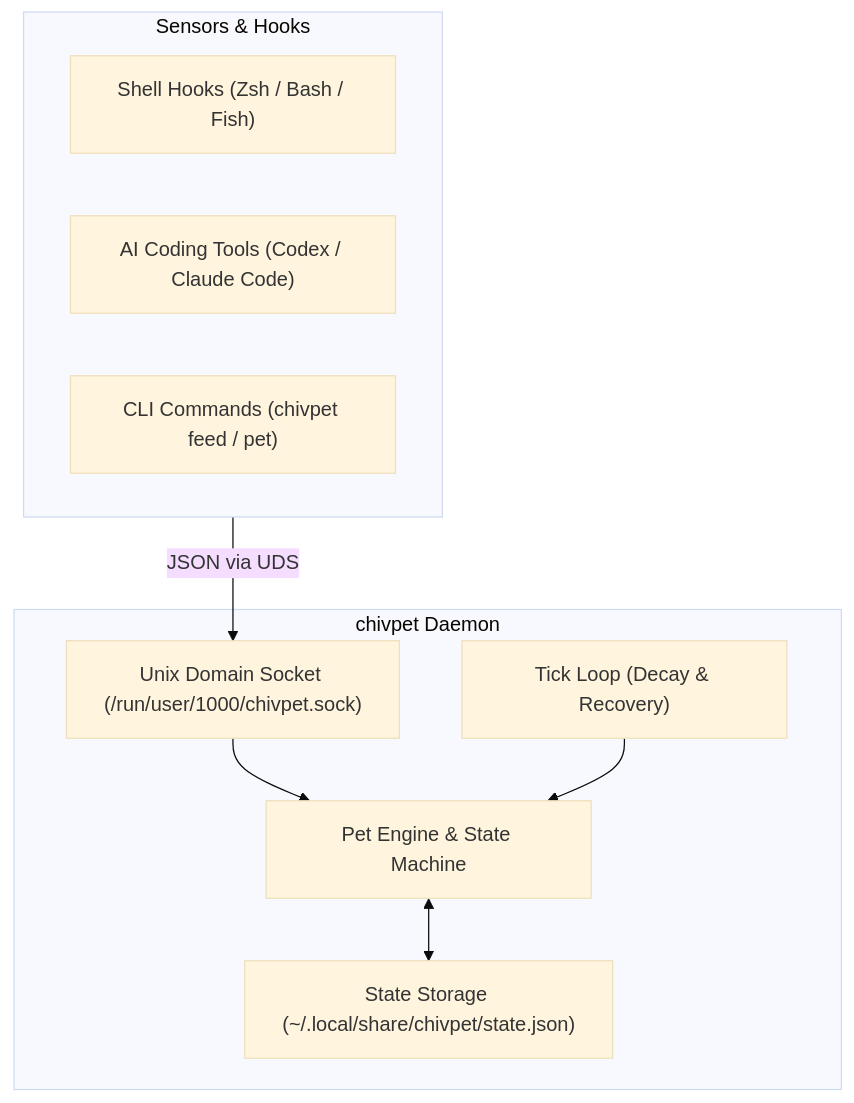
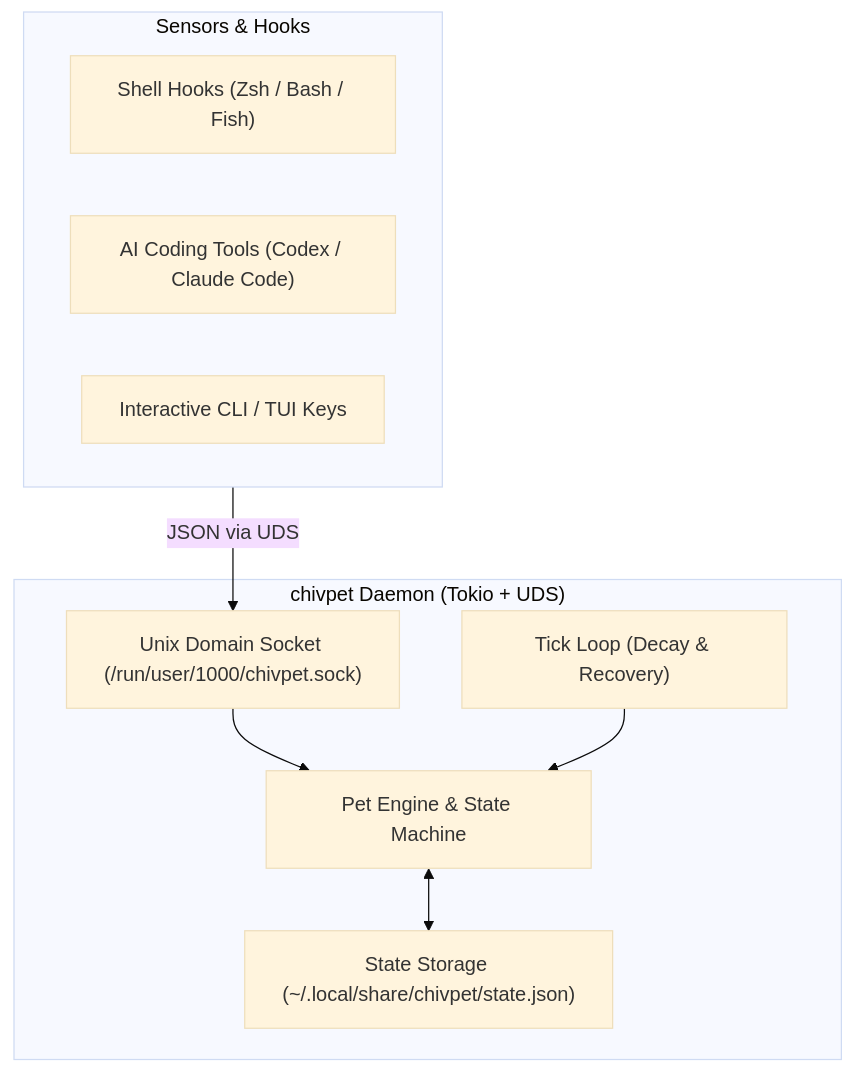
The diagram in README.md (chivopic/chivpet), drawn with Mermaid (base theme) before and after one commit. The commit also changed other lines of this file, not shown here.

````diff
--- a/README.md
+++ b/README.md
@@ -97,21 +130,21 @@
 ```mermaid
 flowchart TD
     subgraph Sensors["Sensors & Hooks"]
         S1["Shell Hooks (Zsh / Bash / Fish)"]
         S2["AI Coding Tools (Codex / Claude Code)"]
-        S3["CLI Commands (chivpet feed / pet)"]
+        S3["Interactive CLI / TUI Keys"]
     end
 
-    subgraph Daemon["chivpet Daemon"]
+    subgraph Daemon["chivpet Daemon (Tokio + UDS)"]
         IPC["Unix Domain Socket (/run/user/1000/chivpet.sock)"]
         Engine["Pet Engine & State Machine"]
         Decay["Tick Loop (Decay & Recovery)"]
         Store["State Storage (~/.local/share/chivpet/state.json)"]
 
         IPC --> Engine
         Decay --> Engine
         Engine <--> Store
     end
 
     Sensors -->|JSON via UDS| IPC
 ```
````
